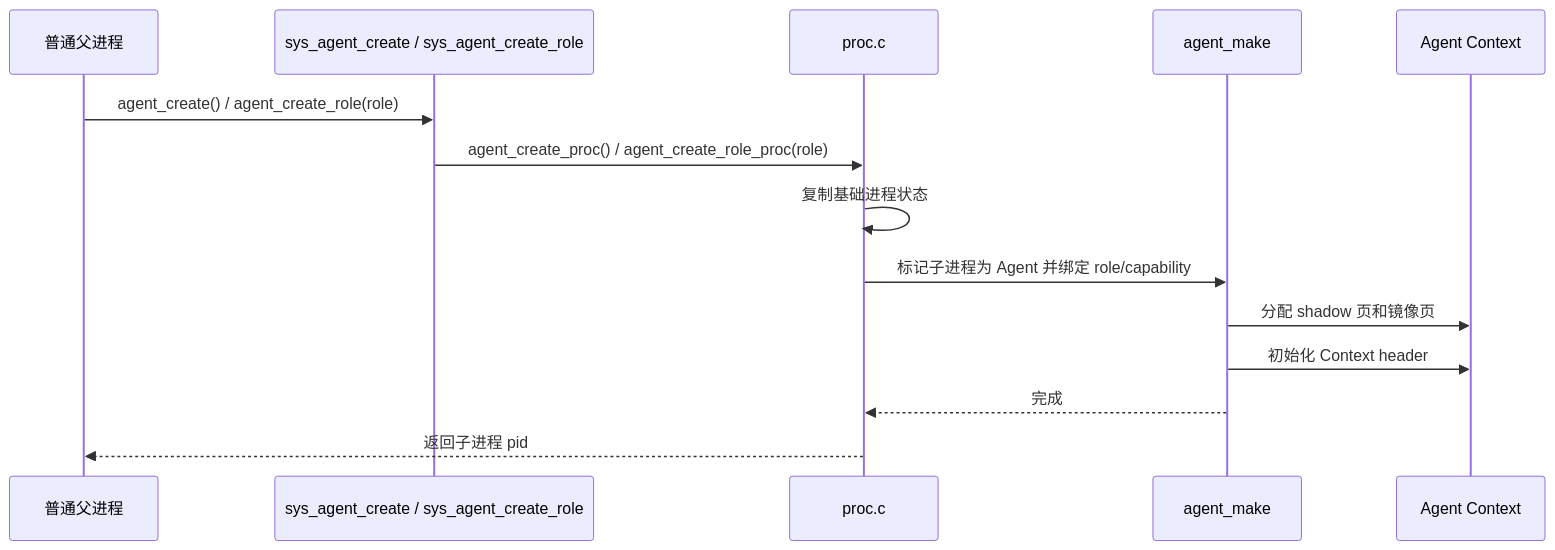
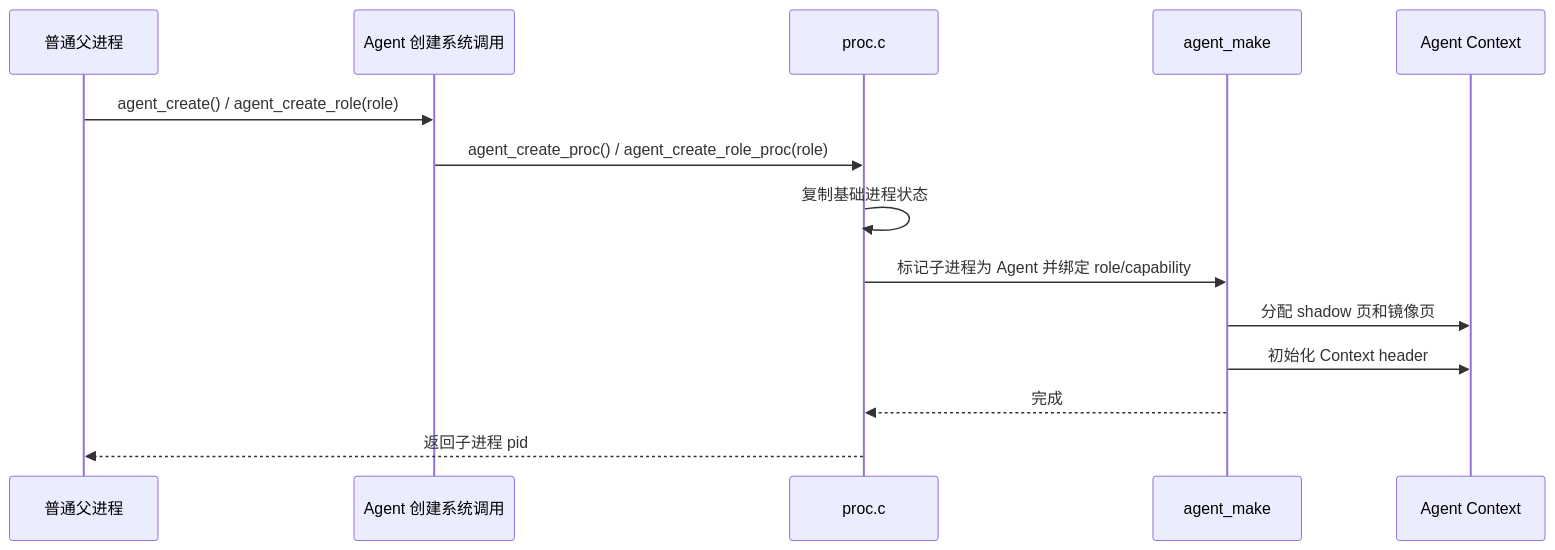
One commit to yushugulao/Agent-OS changed the diagram in docs/agentos/task1-agent-process.md. Above: the diagram before and after it, drawn with Mermaid. The commit also changed other lines of this file and 78 other files, not shown here.

````diff
--- a/docs/agentos/task1-agent-process.md
+++ b/docs/agentos/task1-agent-process.md
@@ -98,16 +98,16 @@
 ```mermaid
 sequenceDiagram
     participant P as 普通父进程
-    participant S as sys_agent_create / sys_agent_create_role
+    participant S as Agent 创建系统调用
     participant K as proc.c
     participant A as agent_make
     participant C as Agent Context
     P->>S: agent_create() / agent_create_role(role)
     S->>K: agent_create_proc() / agent_create_role_proc(role)
     K->>K: 复制基础进程状态
     K->>A: 标记子进程为 Agent 并绑定 role/capability
     A->>C: 分配 shadow 页和镜像页
     A->>C: 初始化 Context header
     A-->>K: 完成
     K-->>P: 返回子进程 pid
 ```
````
